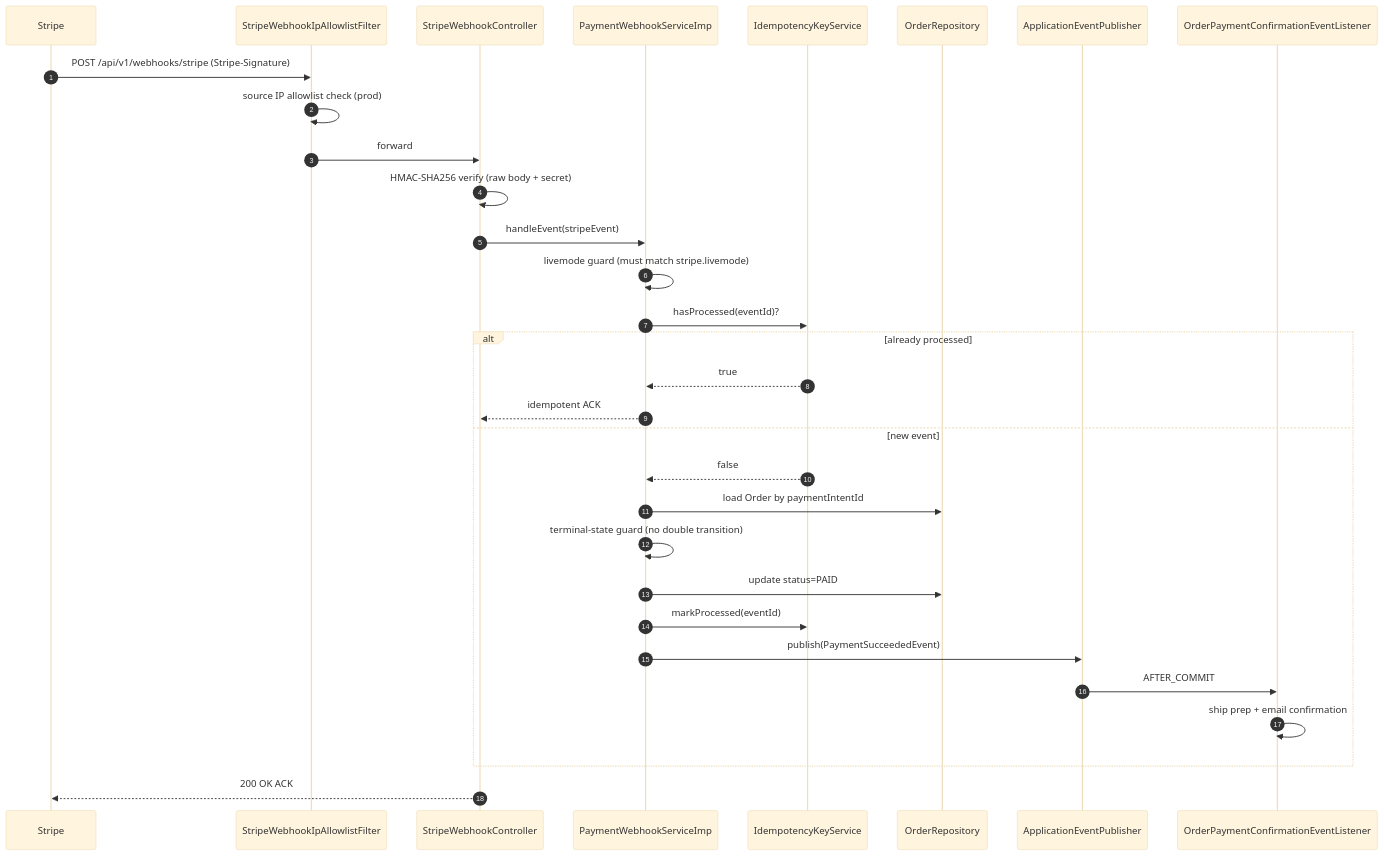
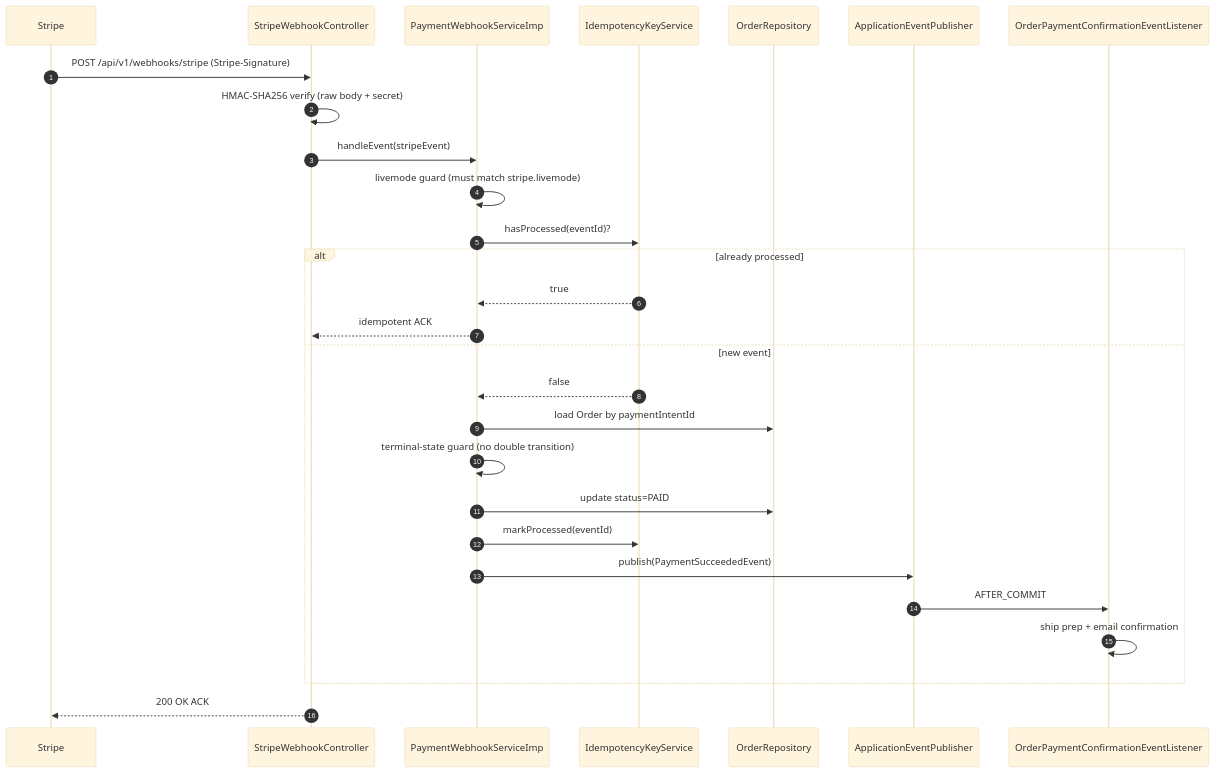
The sixth of 9 diagrams in readme.md (ZETROV93XB47/cybertech-Ecommerce), drawn with Mermaid (base theme) before and after one commit. The commit also changed 6 other files, not shown here.

First line of the commit message:
refactor(security): remove Stripe webhook IP allowlist filter

````diff
--- a/readme.md
+++ b/readme.md
@@ -354,34 +354,31 @@
 ```mermaid
 sequenceDiagram
     autonumber
     participant SK as Stripe
-    participant F as StripeWebhookIpAllowlistFilter
     participant CT as StripeWebhookController
     participant WS as PaymentWebhookServiceImp
     participant ID as IdempotencyKeyService
     participant DB as OrderRepository
     participant E as ApplicationEventPublisher
     participant L as OrderPaymentConfirmationEventListener
 
-    SK->>F: POST /api/v1/webhooks/stripe (Stripe-Signature)
-    F->>F: source IP allowlist check (prod)
-    F->>CT: forward
+    SK->>CT: POST /api/v1/webhooks/stripe (Stripe-Signature)
     CT->>CT: HMAC-SHA256 verify (raw body + secret)
     CT->>WS: handleEvent(stripeEvent)
     WS->>WS: livemode guard (must match stripe.livemode)
     WS->>ID: hasProcessed(eventId)?
     alt already processed
         ID-->>WS: true
         WS-->>CT: idempotent ACK
     else new event
         ID-->>WS: false
         WS->>DB: load Order by paymentIntentId
         WS->>WS: terminal-state guard (no double transition)
         WS->>DB: update status=PAID
         WS->>ID: markProcessed(eventId)
         WS->>E: publish(PaymentSucceededEvent)
         E->>L: AFTER_COMMIT
         L->>L: ship prep + email confirmation
     end
     CT-->>SK: 200 OK ACK
 ```
````
